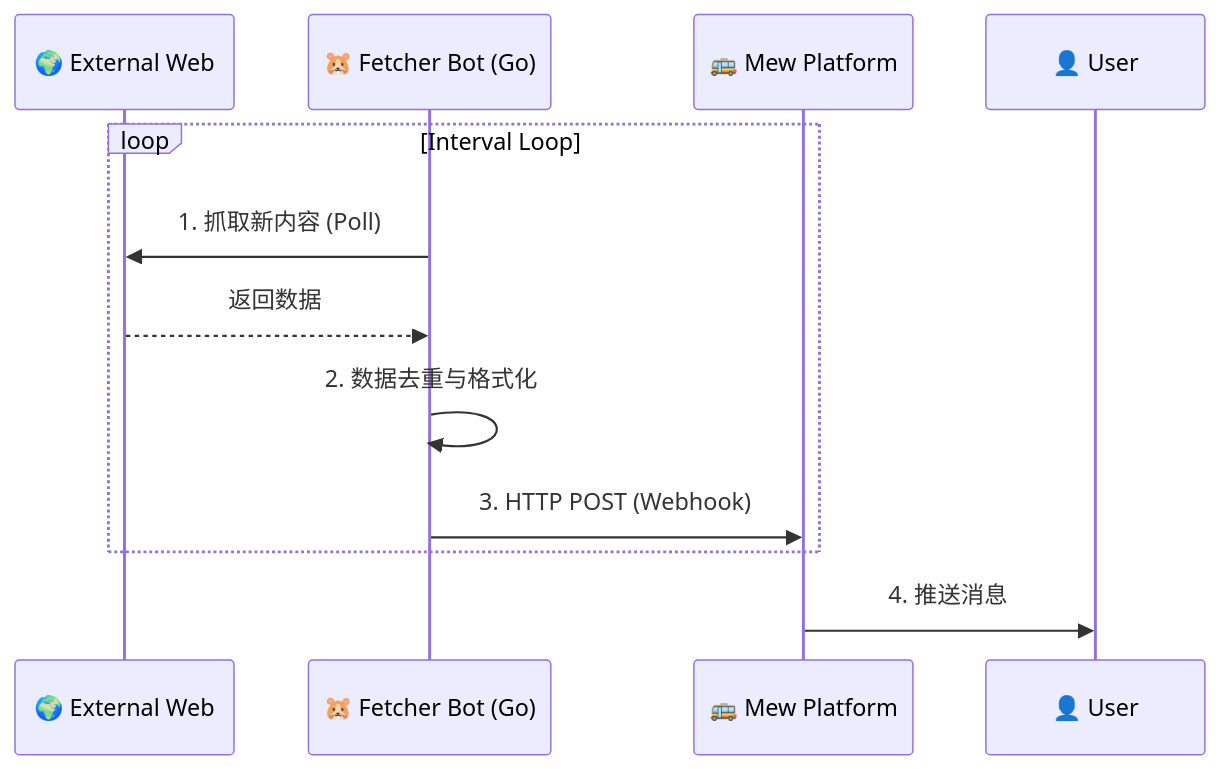
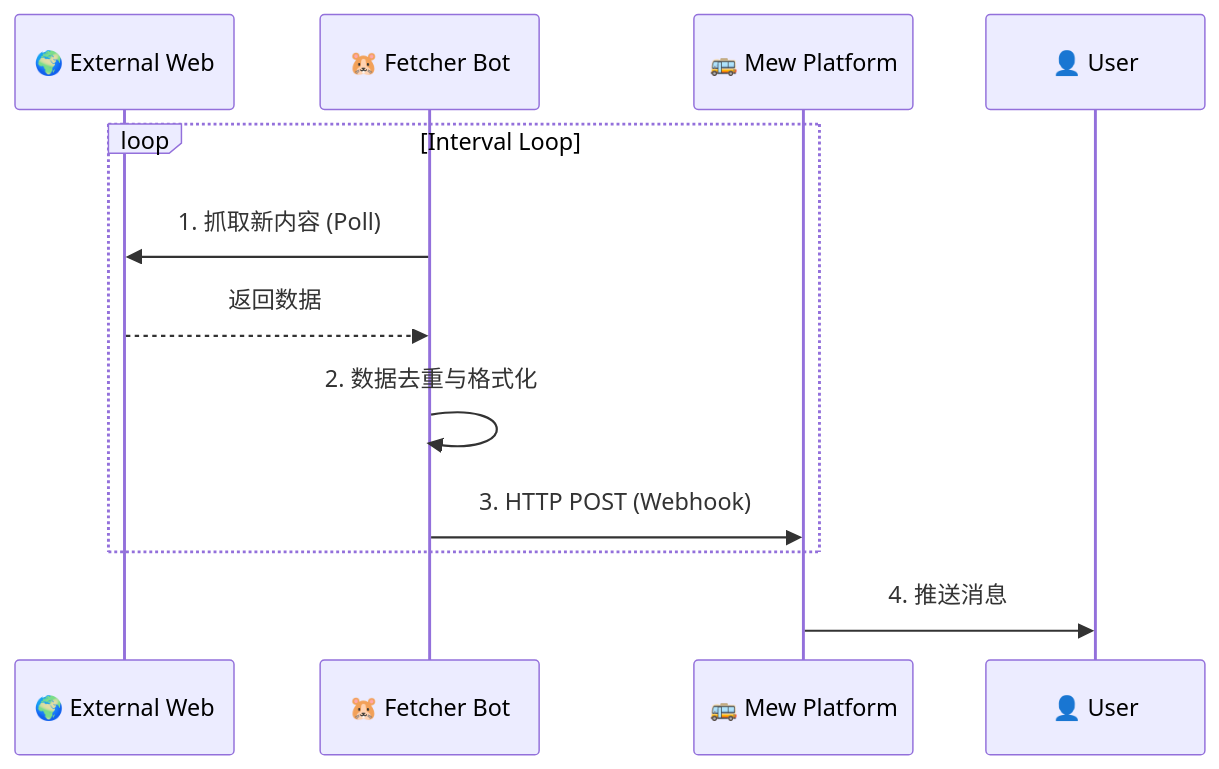
One commit to U1805/mew changed the first of 2 diagrams in website/docs/bot-sdk/bot-ecosystem.md. Above: the diagram before and after it, drawn with Mermaid. The commit also changed other lines of this file and 20 other files, not shown here.

````diff
--- a/website/docs/bot-sdk/bot-ecosystem.md
+++ b/website/docs/bot-sdk/bot-ecosystem.md
@@ -33,15 +33,15 @@
 ```mermaid
 sequenceDiagram
     participant Web as 🌍 External Web
-    participant Bot as 🐹 Fetcher Bot (Go)
+    participant Bot as 🐹 Fetcher Bot
     participant Mew as 🚌 Mew Platform
     participant User as 👤 User
 
     loop Interval Loop
         Bot ->> Web: 1. 抓取新内容 (Poll)
         Web -->> Bot: 返回数据
         Bot ->> Bot: 2. 数据去重与格式化
         Bot ->> Mew: 3. HTTP POST (Webhook)
     end
     Mew->>User: 4. 推送消息
 ```
````
